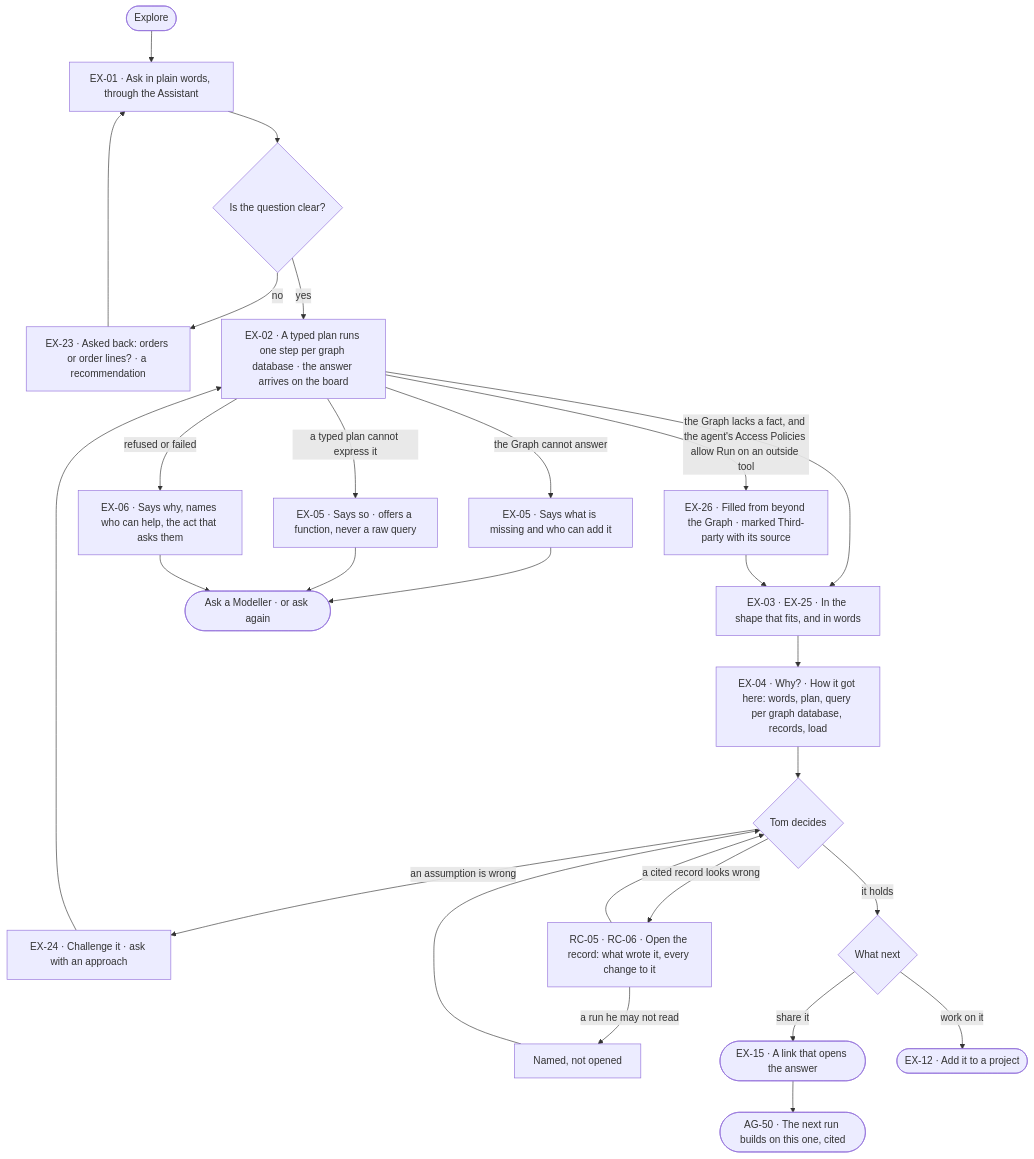
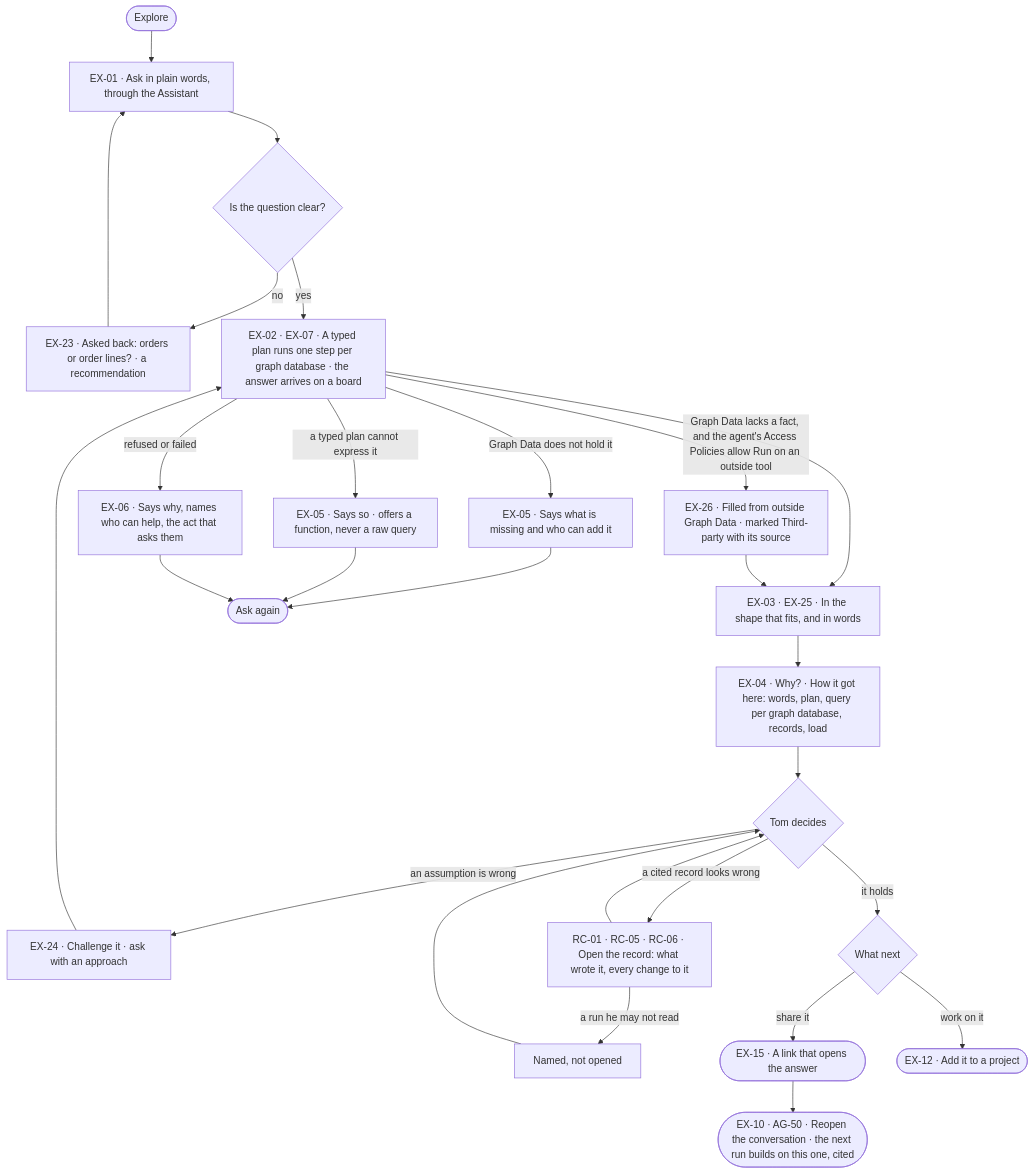
Before and after one commit to invana/invana: the diagram in specs/journeys/J02-ask-and-trust-the-answer.md, drawn with Mermaid. The commit also changed other lines of this file and 456 other files, not shown here.

````diff
--- a/specs/journeys/J02-ask-and-trust-the-answer.md
+++ b/specs/journeys/J02-ask-and-trust-the-answer.md
@@ -16,25 +16,25 @@
 ```mermaid
 flowchart TD
   A([Explore]) --> C["EX-01 · Ask in plain words, through the Assistant"]
   C --> D{"Is the question clear?"}
   D -->|no| E["EX-23 · Asked back: orders or order lines? · a recommendation"] --> C
-  D -->|yes| F["EX-02 · A typed plan runs one step per graph database · the answer arrives on the board"]
+  D -->|yes| F["EX-02 · EX-07 · A typed plan runs one step per graph database · the answer arrives on a board"]
   F --> G["EX-03 · EX-25 · In the shape that fits, and in words"]
   G --> H["EX-04 · Why? · How it got here: words, plan, query per graph database, records, load"]
   H --> I{"Tom decides"}
   I -->|an assumption is wrong| J["EX-24 · Challenge it · ask with an approach"] --> F
-  I -->|a cited record looks wrong| R["RC-05 · RC-06 · Open the record: what wrote it, every change to it"]
+  I -->|a cited record looks wrong| R["RC-01 · RC-05 · RC-06 · Open the record: what wrote it, every change to it"]
   R -->|a run he may not read| R1["Named, not opened"] --> I
   R --> I
   I -->|it holds| K{"What next"}
   K -->|share it| L(["EX-15 · A link that opens the answer"])
   K -->|work on it| M(["EX-12 · Add it to a project"])
-  F -->|the Graph lacks a fact, and the agent's Access Policies allow Run on an outside tool| X["EX-26 · Filled from beyond the Graph · marked Third-party with its source"] --> G
-  F -->|the Graph cannot answer| N["EX-05 · Says what is missing and who can add it"]
+  F -->|Graph Data lacks a fact, and the agent's Access Policies allow Run on an outside tool| X["EX-26 · Filled from outside Graph Data · marked Third-party with its source"] --> G
+  F -->|Graph Data does not hold it| N["EX-05 · Says what is missing and who can add it"]
   F -->|a typed plan cannot express it| NP["EX-05 · Says so · offers a function, never a raw query"]
   F -->|refused or failed| O["EX-06 · Says why, names who can help, the act that asks them"]
-  N --> P(["Ask a Modeller · or ask again"])
+  N --> P(["Ask again"])
   NP --> P
   O --> P
-  L --> Q(["AG-50 · The next run builds on this one, cited"])
+  L --> Q(["EX-10 · AG-50 · Reopen the conversation · the next run builds on this one, cited"])
 ```
````
